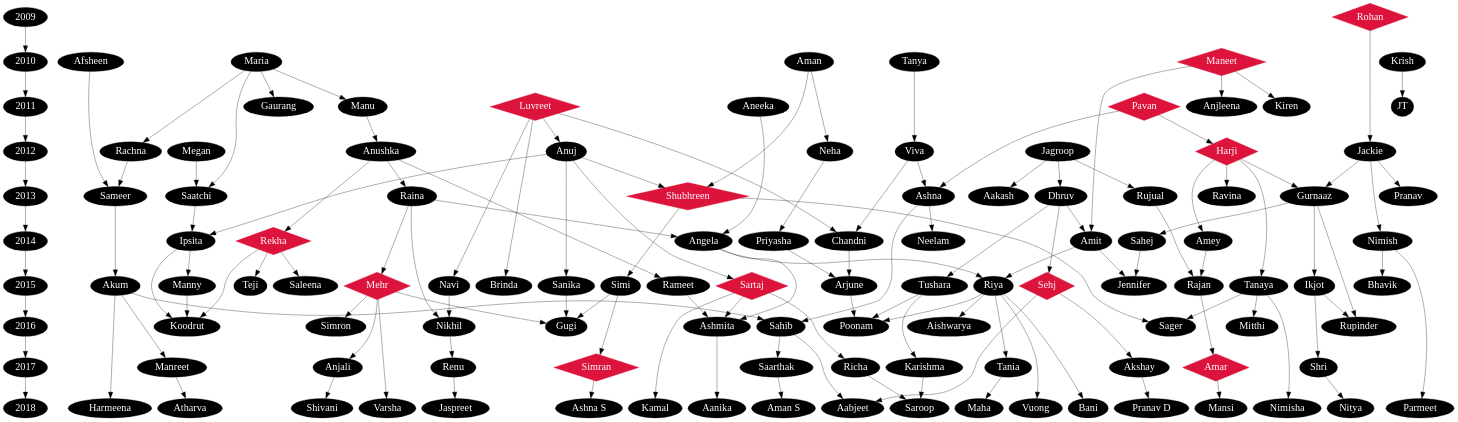
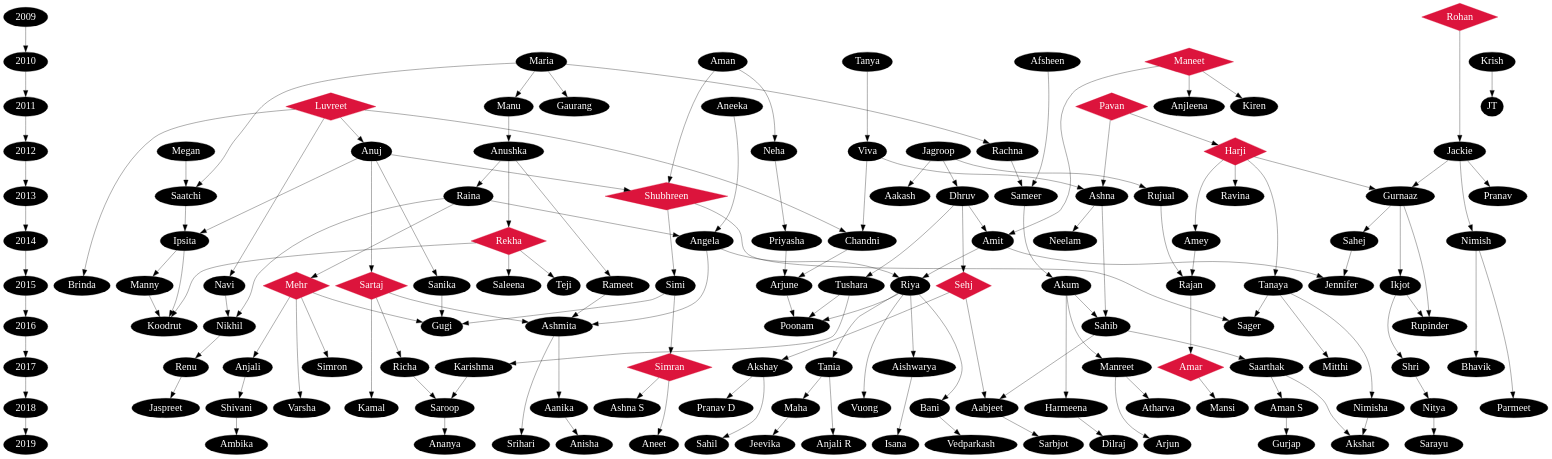
One commit to Jeetman/DRP-Family-Tree changed the diagram in drp-family-tree.dot. Above: the diagram before and after it, drawn with Graphviz. The commit also changed 1 other file, not shown here.

```diff
--- a/drp-family-tree.dot
+++ b/drp-family-tree.dot
@@ -1,178 +1,198 @@
 digraph DRP {
 bgcolor=white;
 center=true;
 ranksep=.75;
 	edge [arrowsize=2.0, color=black];
 	node [color=black, fontcolor=white,fontsize=32, style=filled];
 "2009" -> "2010"
 "2010" -> "2011"
 "2011" -> "2012"
 "2012" -> "2013"
 "2013" -> "2014"
 "2014" -> "2015"
 "2015" -> "2016"
 "2016" -> "2017"
 "2017" -> "2018"
+"2018" -> "2019"
 "Rujual" -> "Rajan"
 "Shubhreen" [shape=diamond, color=crimson]
 "Shubhreen" -> "Simi"
 "Shubhreen" [shape=diamond, color=crimson]
 "Shubhreen" -> "Sager"
+"Nimisha" -> "Akshat"
 "Amey" -> "Rajan"
+"Shivani" -> "Ambika"
+"Aishwarya" -> "Isana"
 "Chandni" -> "Arjune"
+"Harmeena" -> "Dilraj"
 "Neha" -> "Priyasha"
 "Jagroop" -> "Rujual"
 "Jagroop" -> "Dhruv"
 "Jagroop" -> "Aakash"
 "Luvreet" [shape=diamond, color=crimson]
 "Luvreet" -> "Anuj"
 "Luvreet" [shape=diamond, color=crimson]
 "Luvreet" -> "Chandni"
 "Luvreet" [shape=diamond, color=crimson]
 "Luvreet" -> "Navi"
 "Luvreet" [shape=diamond, color=crimson]
 "Luvreet" -> "Brinda"
 "Afsheen" -> "Sameer"
 "Ashna" -> "Neelam"
 "Ashna" -> "Sahib"
+"Bani" -> "Vedparkash"
 "Shri" -> "Nitya"
 "Richa" -> "Saroop"
 "Manreet" -> "Atharva"
+"Manreet" -> "Arjun"
 "Nimish" -> "Bhavik"
 "Nimish" -> "Parmeet"
 "Saatchi" -> "Ipsita"
 "Harji" [shape=diamond, color=crimson]
 "Harji" -> "Gurnaaz"
 "Harji" [shape=diamond, color=crimson]
 "Harji" -> "Amey"
 "Harji" [shape=diamond, color=crimson]
 "Harji" -> "Tanaya"
 "Harji" [shape=diamond, color=crimson]
 "Harji" -> "Ravina"
 "Manu" -> "Anushka"
 "Sahej" -> "Jennifer"
 "Rameet" -> "Ashmita"
 "Amar" [shape=diamond, color=crimson]
 "Amar" -> "Mansi"
+"Saroop" -> "Ananya"
 "Aman" -> "Shubhreen"
 "Aman" -> "Neha"
 "Amit" -> "Riya"
 "Amit" -> "Jennifer"
 "Tushara" -> "Poonam"
 "Tushara" -> "Karishma"
 "Megan" -> "Saatchi"
 "Arjune" -> "Poonam"
+"Aman S" -> "Gurjap"
 "Sartaj" [shape=diamond, color=crimson]
 "Sartaj" -> "Richa"
 "Sartaj" [shape=diamond, color=crimson]
 "Sartaj" -> "Ashmita"
 "Sartaj" [shape=diamond, color=crimson]
 "Sartaj" -> "Kamal"
 "Ikjot" -> "Rupinder"
 "Ikjot" -> "Shri"
 "Renu" -> "Jaspreet"
 "Akum" -> "Sahib"
 "Akum" -> "Manreet"
 "Akum" -> "Harmeena"
 "Saarthak" -> "Aman S"
+"Saarthak" -> "Akshat"
 "Dhruv" -> "Sehj"
 "Dhruv" -> "Tushara"
 "Dhruv" -> "Amit"
 "Tanya" -> "Viva"
 "Nikhil" -> "Renu"
 "Angela" -> "Riya"
 "Angela" -> "Ashmita"
+"Maha" -> "Jeevika"
 "Sanika" -> "Gugi"
 "Akshay" -> "Pranav D"
+"Akshay" -> "Sahil"
 "Tania" -> "Maha"
+"Tania" -> "Anjali R"
 "Priyasha" -> "Arjune"
 "Simran" [shape=diamond, color=crimson]
 "Simran" -> "Ashna S"
+"Simran" [shape=diamond, color=crimson]
+"Simran" -> "Aneet"
 "Viva" -> "Ashna"
 "Viva" -> "Chandni"
 "Jackie" -> "Gurnaaz"
 "Jackie" -> "Pranav"
 "Jackie" -> "Nimish"
 "Raina" -> "Angela"
 "Raina" -> "Mehr"
 "Raina" -> "Nikhil"
 "Sameer" -> "Akum"
 "Gurnaaz" -> "Sahej"
 "Gurnaaz" -> "Ikjot"
 "Gurnaaz" -> "Rupinder"
 "Rohan" [shape=diamond, color=crimson]
 "Rohan" -> "Jackie"
 "Maneet" [shape=diamond, color=crimson]
 "Maneet" -> "Amit"
 "Maneet" [shape=diamond, color=crimson]
 "Maneet" -> "Anjleena"
 "Maneet" [shape=diamond, color=crimson]
 "Maneet" -> "Kiren"
 "Simi" -> "Gugi"
 "Simi" -> "Simran"
 "Riya" -> "Poonam"
 "Riya" -> "Vuong"
 "Riya" -> "Bani"
 "Riya" -> "Tania"
 "Riya" -> "Aishwarya"
 "Maria" -> "Manu"
 "Maria" -> "Rachna"
 "Maria" -> "Saatchi"
 "Maria" -> "Gaurang"
 "Anuj" -> "Shubhreen"
 "Anuj" -> "Ipsita"
 "Anuj" -> "Sanika"
 "Anuj" -> "Sartaj"
+"Nitya" -> "Sarayu"
 "Ashmita" -> "Aanika"
+"Ashmita" -> "Srihari"
 "Krish" -> "JT"
 "Rekha" [shape=diamond, color=crimson]
 "Rekha" -> "Koodrut"
 "Rekha" [shape=diamond, color=crimson]
 "Rekha" -> "Saleena"
 "Rekha" [shape=diamond, color=crimson]
 "Rekha" -> "Teji"
 "Sehj" [shape=diamond, color=crimson]
 "Sehj" -> "Aabjeet"
 "Sehj" [shape=diamond, color=crimson]
 "Sehj" -> "Akshay"
 "Rachna" -> "Sameer"
 "Rajan" -> "Amar"
+"Aabjeet" -> "Sarbjot"
 "Navi" -> "Nikhil"
 "Anushka" -> "Raina"
 "Anushka" -> "Rekha"
 "Anushka" -> "Rameet"
+"Aanika" -> "Anisha"
 "Mehr" [shape=diamond, color=crimson]
 "Mehr" -> "Gugi"
 "Mehr" [shape=diamond, color=crimson]
 "Mehr" -> "Anjali"
 "Mehr" [shape=diamond, color=crimson]
 "Mehr" -> "Varsha"
 "Mehr" [shape=diamond, color=crimson]
 "Mehr" -> "Simron"
 "Pavan" [shape=diamond, color=crimson]
 "Pavan" -> "Harji"
 "Pavan" [shape=diamond, color=crimson]
 "Pavan" -> "Ashna"
 "Tanaya" -> "Sager"
 "Tanaya" -> "Mitthi"
 "Tanaya" -> "Nimisha"
 "Aneeka" -> "Angela"
 "Anjali" -> "Shivani"
 "Sahib" -> "Aabjeet"
 "Sahib" -> "Saarthak"
 "Karishma" -> "Saroop"
 "Manny" -> "Koodrut"
 "Ipsita" -> "Manny"
 "Ipsita" -> "Koodrut"
 {rank=same "2009" "Rohan"}
 {rank=same "2010" "Afsheen" "Aman" "Tanya" "Maneet" "Maria" "Krish"}
 {rank=same "2011" "Luvreet" "Manu" "Pavan" "Aneeka"}
 {rank=same "2012" "Neha" "Jagroop" "Harji" "Megan" "Viva" "Jackie" "Anuj" "Rachna" "Anushka"}
 {rank=same "2013" "Rujual" "Shubhreen" "Ashna" "Saatchi" "Dhruv" "Raina" "Sameer" "Gurnaaz"}
 {rank=same "2014" "Amey" "Chandni" "Nimish" "Sahej" "Amit" "Angela" "Priyasha" "Rekha" "Ipsita"}
 {rank=same "2015" "Rameet" "Tushara" "Arjune" "Sartaj" "Ikjot" "Akum" "Sanika" "Simi" "Riya" "Brinda" "Sehj" "Rajan" "Navi" "Mehr" "Tanaya" "Manny"}
 {rank=same "2016" "Nikhil" "Ashmita" "Sahib"}
-{rank=same "2017" "Shri" "Richa" "Manreet" "Amar" "Renu" "Saarthak" "Akshay" "Tania" "Simran" "Anjali" "Karishma"}
+{rank=same "2017" "Simron" "Aishwarya" "Shri" "Richa" "Manreet" "Mitthi" "Amar" "Renu" "Saarthak" "Akshay" "Tania" "Simran" "Anjali" "Karishma" "Bhavik"}
 {rank=same "2018" "Varsha" "Nimisha" "Shivani" "Harmeena" "Bani" "Saroop" "Kamal" "Aman S" "Maha" "Parmeet" "Nitya" "Pranav D" "Vuong" "Aabjeet" "Atharva" "Ashna S" "Aanika" "Jaspreet"}
+{rank=same "2019" "Jeevika" "Ambika" "Anjali R" "Dilraj" "Anisha" "Arjun" "Vedparkash" "Sarbjot" "Isana" "Akshat" "Srihari" "Aneet" "Gurjap" "Sarayu" "Sahil" "Ananya"}
 {rank=source "Rohan" "2009"}
 }
```
